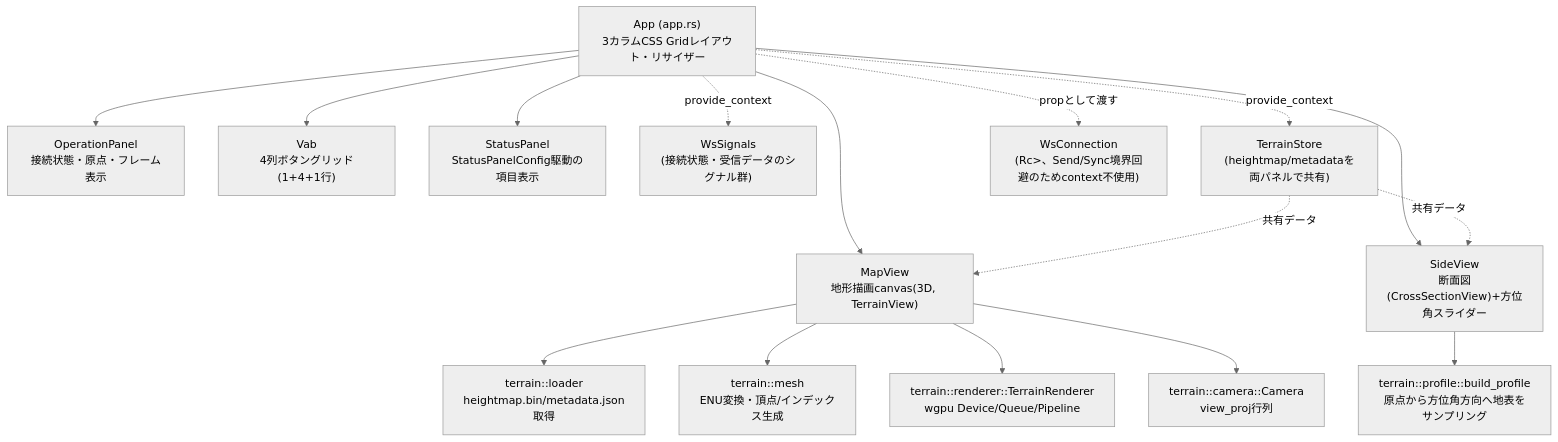
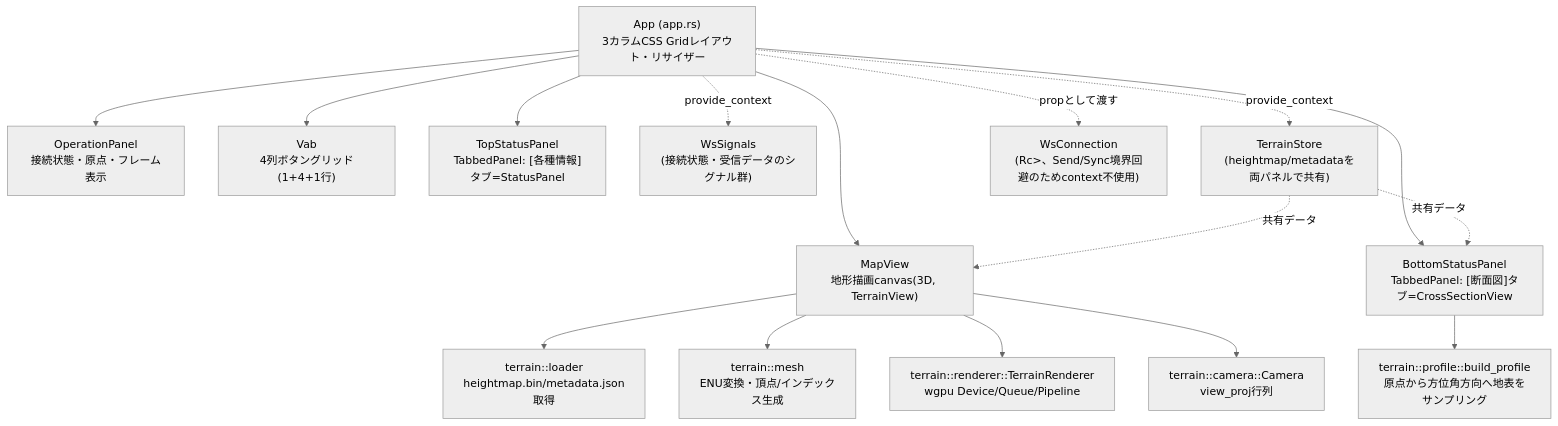
One commit to ham1a6/SimulationView changed the ninth of 15 diagrams in DETAILED_DESIGN.md. Above: the diagram before and after it, drawn with Mermaid (neutral theme). The commit also changed other lines of this file and 7 other files, not shown here.

````diff
--- a/DETAILED_DESIGN.md
+++ b/DETAILED_DESIGN.md
@@ -612,21 +612,21 @@
 ```mermaid
 graph TD
     App["App (app.rs)<br/>3カラムCSS Gridレイアウト・リサイザー"]
     App --> OperationPanel["OperationPanel<br/>接続状態・原点・フレーム表示"]
     App --> Vab["Vab<br/>4列ボタングリッド(1+4+1行)"]
     App --> MapView["MapView<br/>地形描画canvas(3D, TerrainView)"]
-    App --> StatusPanel["StatusPanel<br/>StatusPanelConfig駆動の項目表示"]
-    App --> SideView["SideView<br/>断面図(CrossSectionView)+方位角スライダー"]
+    App --> TopStatusPanel["TopStatusPanel<br/>TabbedPanel: [各種情報]タブ=StatusPanel"]
+    App --> BottomStatusPanel["BottomStatusPanel<br/>TabbedPanel: [断面図]タブ=CrossSectionView"]
 
     App -.provide_context.-> WsSignals["WsSignals<br/>(接続状態・受信データのシグナル群)"]
     App -.provide_context.-> TerrainStore["TerrainStore<br/>(heightmap/metadataを両パネルで共有)"]
     App -.propとして渡す.-> WsConnection["WsConnection<br/>(Rc<RefCell<...>>、Send/Sync境界回避のためcontext不使用)"]
 
     MapView --> Loader["terrain::loader<br/>heightmap.bin/metadata.json取得"]
     MapView --> Mesh["terrain::mesh<br/>ENU変換・頂点/インデックス生成"]
     MapView --> Renderer["terrain::renderer::TerrainRenderer<br/>wgpu Device/Queue/Pipeline"]
     MapView --> Camera["terrain::camera::Camera<br/>view_proj行列"]
-    SideView --> Profile["terrain::profile::build_profile<br/>原点から方位角方向へ地表をサンプリング"]
+    BottomStatusPanel --> Profile["terrain::profile::build_profile<br/>原点から方位角方向へ地表をサンプリング"]
     TerrainStore -.共有データ.-> MapView
-    TerrainStore -.共有データ.-> SideView
+    TerrainStore -.共有データ.-> BottomStatusPanel
 ```
````
